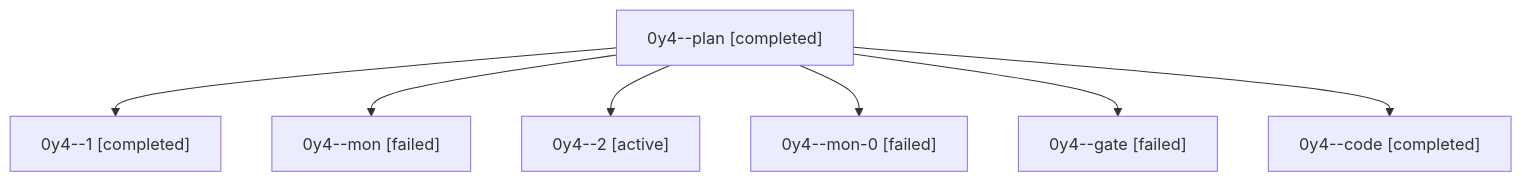
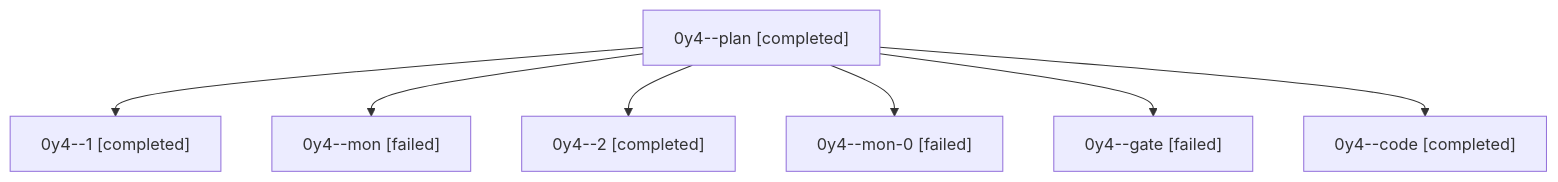
The diagram in sessions/bbugyi200.athena.0y4.md (bobs-org/bob-cli--agents), drawn with Mermaid before and after one commit. The commit also changed other lines of this file and 16 other files, not shown here.

````diff
--- a/sessions/bbugyi200.athena.0y4.md
+++ b/sessions/bbugyi200.athena.0y4.md
@@ -9,16 +9,16 @@
 ```mermaid
 flowchart TD
   n0["0y4--plan [completed]"]
   n1["0y4--1 [completed]"]
   n0 --> n1
   n2["0y4--mon [failed]"]
   n0 --> n2
-  n3["0y4--2 [active]"]
+  n3["0y4--2 [completed]"]
   n0 --> n3
   n4["0y4--mon-0 [failed]"]
   n0 --> n4
   n5["0y4--gate [failed]"]
   n0 --> n5
   n6["0y4--code [completed]"]
   n0 --> n6
 ```
````
